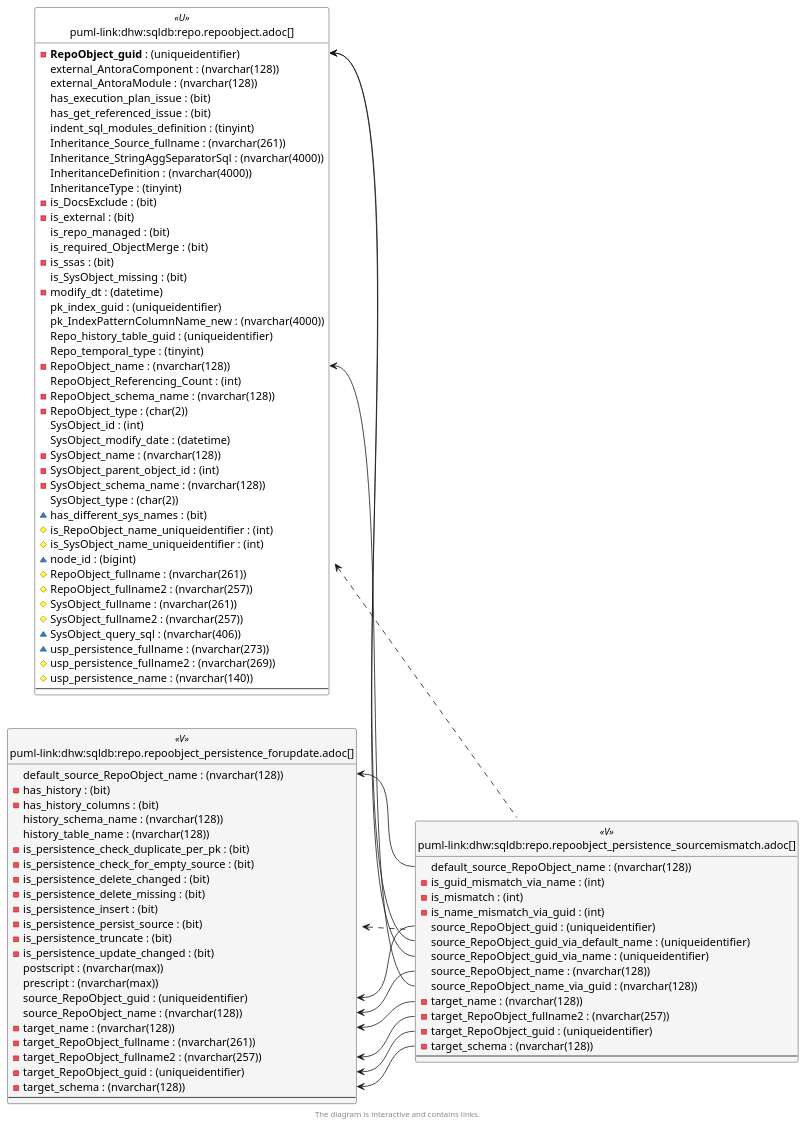
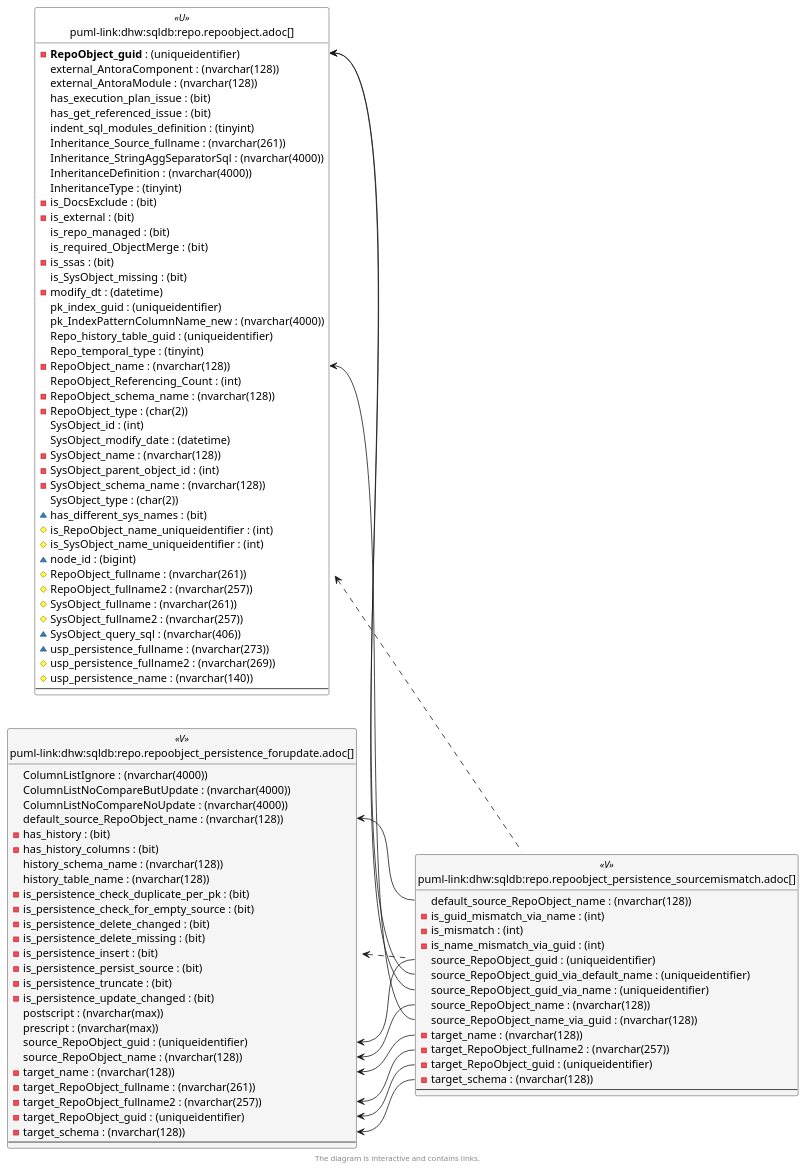
Before and after one commit to DataHandwerk/dhw-antora-sqldb: the sixth of 6 diagrams in docs/modules/sqldb/partials/content/repo.repoobject_persistence_sourcemismatch.adoc, drawn with PlantUML. The commit also changed other lines of this file and 751 other files, not shown here.

```diff
--- a/docs/modules/sqldb/partials/content/repo.repoobject_persistence_sourcemismatch.adoc
+++ b/docs/modules/sqldb/partials/content/repo.repoobject_persistence_sourcemismatch.adoc
@@ -1543,6 +1544,9 @@
 }
 
 entity "puml-link:dhw:sqldb:repo.repoobject_persistence_forupdate.adoc[]" as repo.RepoObject_persistence_ForUpdate << V >> {
+  ColumnListIgnore : (nvarchar(4000))
+  ColumnListNoCompareButUpdate : (nvarchar(4000))
+  ColumnListNoCompareNoUpdate : (nvarchar(4000))
   default_source_RepoObject_name : (nvarchar(128))
   - has_history : (bit)
   - has_history_columns : (bit)
@@ -1587,8 +1591,8 @@
 
 repo.RepoObject <.. repo.RepoObject_persistence_SourceMismatch
 repo.RepoObject_persistence_ForUpdate <.. repo.RepoObject_persistence_SourceMismatch
+"repo.RepoObject::RepoObject_guid" <-- "repo.RepoObject_persistence_SourceMismatch::source_RepoObject_guid_via_name"
 "repo.RepoObject::RepoObject_guid" <-- "repo.RepoObject_persistence_SourceMismatch::source_RepoObject_guid_via_default_name"
-"repo.RepoObject::RepoObject_guid" <-- "repo.RepoObject_persistence_SourceMismatch::source_RepoObject_guid_via_name"
 "repo.RepoObject::RepoObject_name" <-- "repo.RepoObject_persistence_SourceMismatch::source_RepoObject_name_via_guid"
 "repo.RepoObject_persistence_ForUpdate::default_source_RepoObject_name" <-- "repo.RepoObject_persistence_SourceMismatch::default_source_RepoObject_name"
 "repo.RepoObject_persistence_ForUpdate::source_RepoObject_guid" <-- "repo.RepoObject_persistence_SourceMismatch::source_RepoObject_guid"
```
